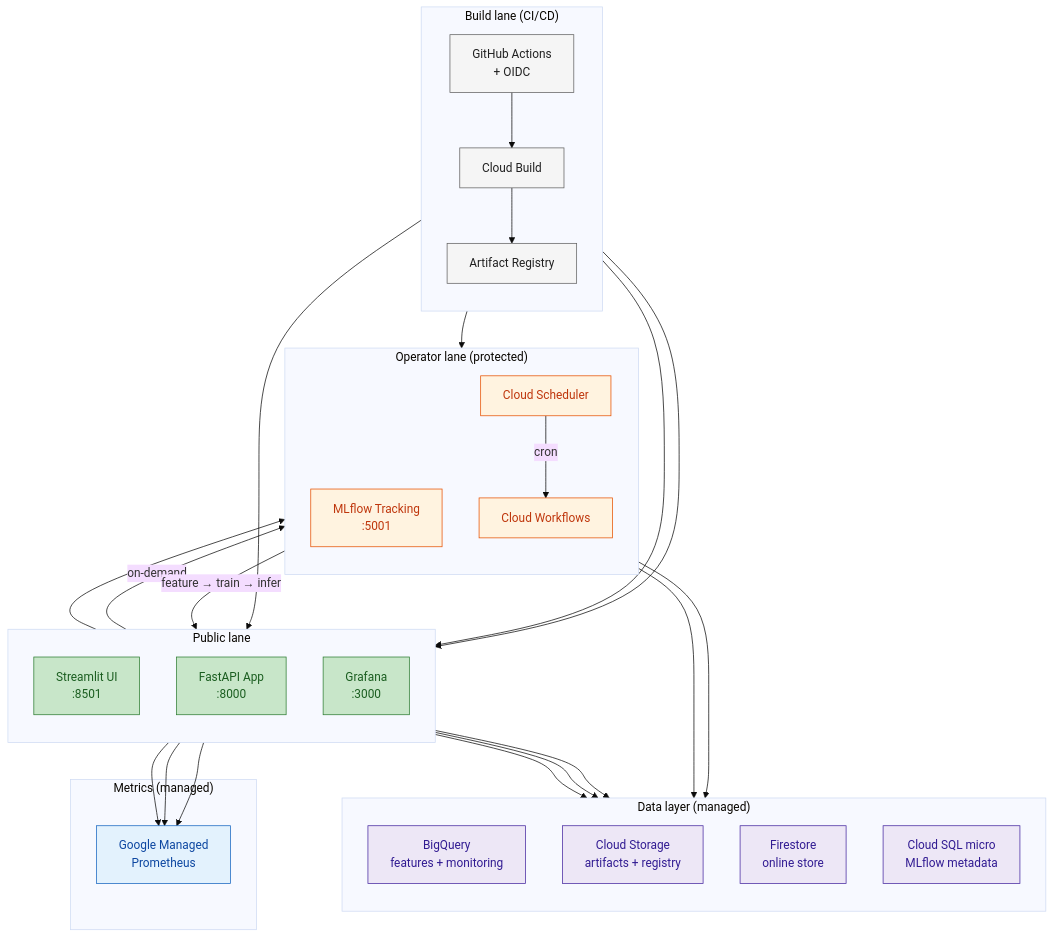
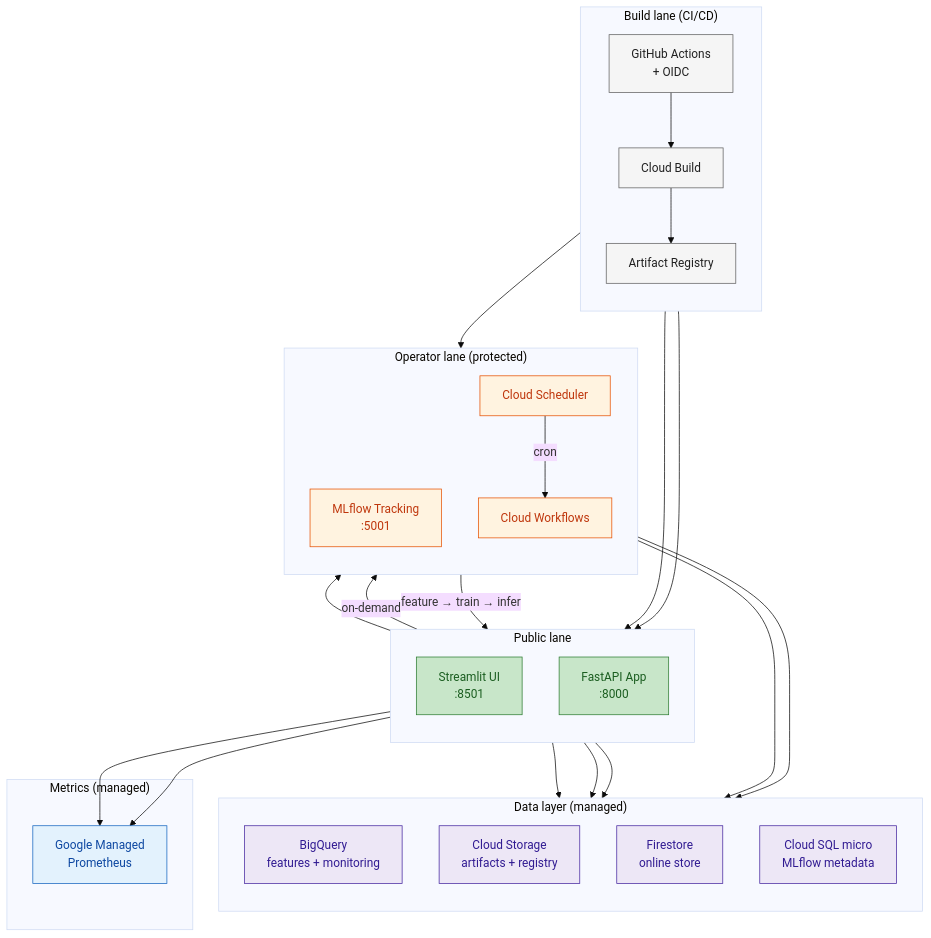
The diagram in docs/site/system/cloud-architecture.md (javihslu/foehncast), drawn with Mermaid (base theme) before and after one commit. The commit also changed other lines of this file and 15 other files, not shown here.

```diff
--- a/docs/site/system/cloud-architecture.md
+++ b/docs/site/system/cloud-architecture.md
@@ -13,78 +13,75 @@
 <div class="mermaid">
 flowchart TB
     classDef public fill:#c8e6c9,stroke:#2e7d32,color:#1b5e20
     classDef protected fill:#fff3e0,stroke:#e65100,color:#bf360c
     classDef managed fill:#e3f2fd,stroke:#1565c0,color:#0d47a1
     classDef storage fill:#ede7f6,stroke:#4527a0,color:#311b92
     classDef cicd fill:#f5f5f5,stroke:#616161,color:#212121
 
     subgraph PublicLane ["Public lane"]
         direction TB
         UI["Streamlit UI\n:8501"]:::public
         APP["FastAPI App\n:8000"]:::public
-        GF["Grafana\n:3000"]:::public
     end
 
     subgraph OperatorLane ["Operator lane (protected)"]
         direction TB
         MLF["MLflow Tracking\n:5001"]:::protected
         WF["Cloud Workflows"]:::protected
         SCHED["Cloud Scheduler"]:::protected
     end
 
     subgraph DataLayer ["Data layer (managed)"]
         direction TB
         BQ["BigQuery\nfeatures + monitoring"]:::storage
         GCS["Cloud Storage\nartifacts + registry"]:::storage
         FS["Firestore\nonline store"]:::storage
         SQL["Cloud SQL micro\nMLflow metadata"]:::storage
     end
 
     subgraph MetricsLayer ["Metrics (managed)"]
         GMP["Google Managed\nPrometheus"]:::managed
     end
 
     subgraph BuildLane ["Build lane (CI/CD)"]
         direction TB
         GHA["GitHub Actions\n+ OIDC"]:::cicd
         CB["Cloud Build"]:::cicd
         AR["Artifact Registry"]:::cicd
     end
 
     SCHED -->|cron| WF
     UI -->|on-demand| WF
     WF -->|feature → train → infer| APP
 
     APP --> BQ
     APP --> FS
     APP --> GCS
     APP --> MLF
     APP --> GMP
 
     UI --> GMP
-    GF --> GMP
 
     MLF --> SQL
     MLF --> GCS
 
     GHA --> CB
     CB --> AR
     AR --> APP
     AR --> UI
-    AR --> GF
     AR --> MLF
 
     click UI "https://console.cloud.google.com/run?project=" "Open Cloud Run"
     click APP "https://console.cloud.google.com/run?project=" "Open Cloud Run"
     click GF "https://console.cloud.google.com/run?project=" "Open Cloud Run"
     click MLF "https://console.cloud.google.com/run?project=" "Open Cloud Run"
     click WF "https://console.cloud.google.com/workflows?project=" "Open Workflows"
     click SCHED "https://console.cloud.google.com/cloudscheduler?project=" "Open Scheduler"
     click BQ "https://console.cloud.google.com/bigquery?project=" "Open BigQuery"
     click GCS "https://console.cloud.google.com/storage/browser?project=" "Open Cloud Storage"
     click FS "https://console.cloud.google.com/firestore?project=" "Open Firestore"
     click SQL "https://console.cloud.google.com/sql/instances?project=" "Open Cloud SQL"
     click GMP "https://console.cloud.google.com/monitoring?project=" "Open Monitoring"
     click CB "https://console.cloud.google.com/cloud-build/builds?project=" "Open Cloud Build"
     click AR "https://console.cloud.google.com/artifacts?project=" "Open Artifact Registry"
 </div>
```
